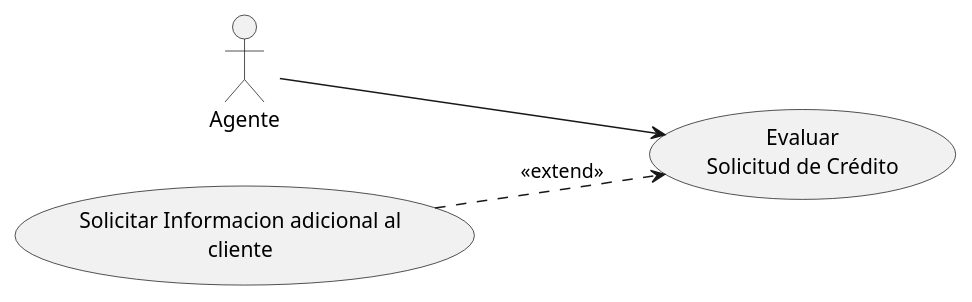
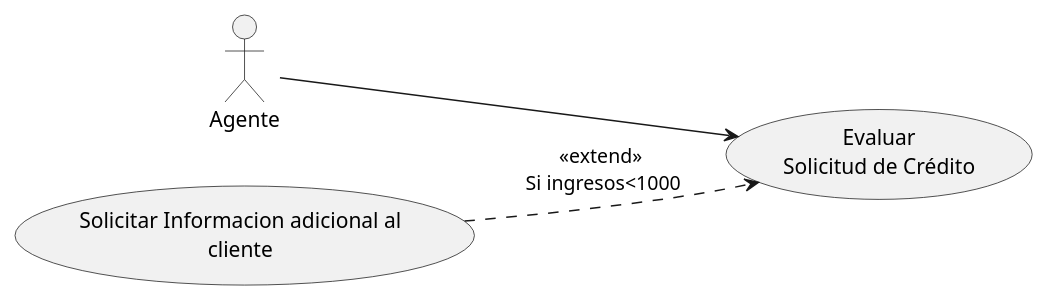
One commit to preguntitas/PlanUml2 changed the diagram in src/diagrama de casos de uso.puml. Above: the diagram before and after it, drawn with PlantUML.

Commit message:
Diagrama 5

```diff
--- a/src/diagrama de casos de uso.puml
+++ b/src/diagrama de casos de uso.puml
@@ -1,9 +1,9 @@
 @startuml
 left to right direction
 :Agente: as agente
 (Evaluar\nSolicitud de Crédito) as evaluar
 (Solicitar Informacion adicional al\ncliente) as solicitar
 
 agente --> evaluar
-solicitar ..> evaluar : <<extend>>
+solicitar ..> evaluar : <<extend>>\n Si ingresos<1000
 @enduml
```
